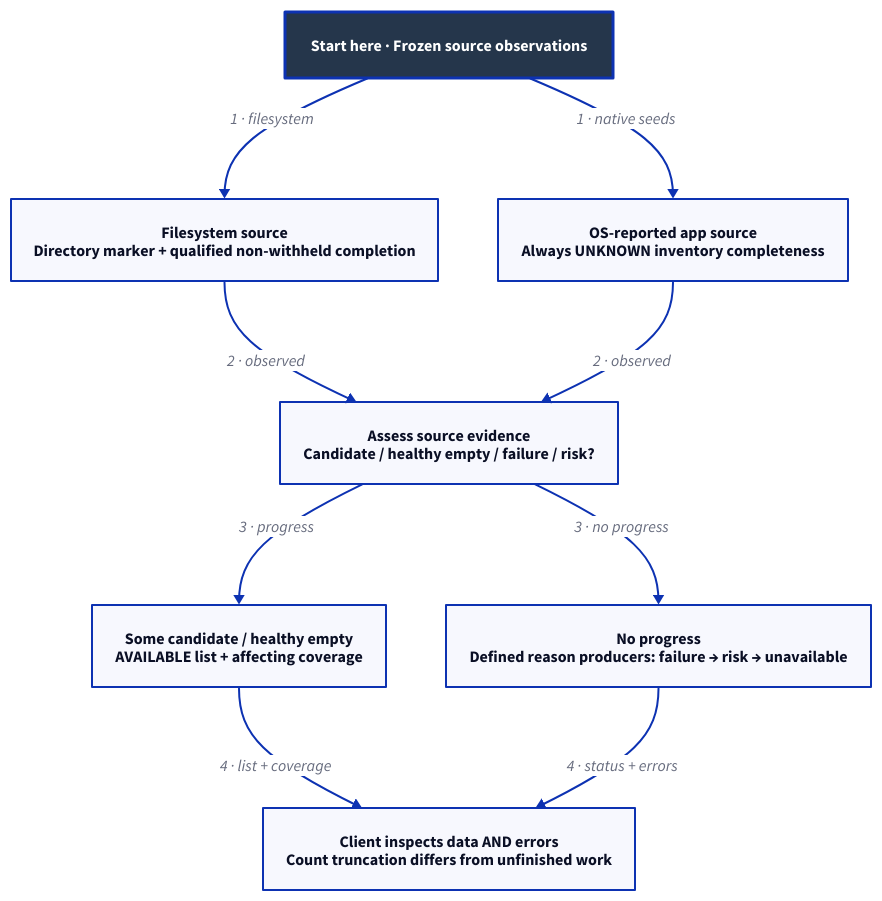
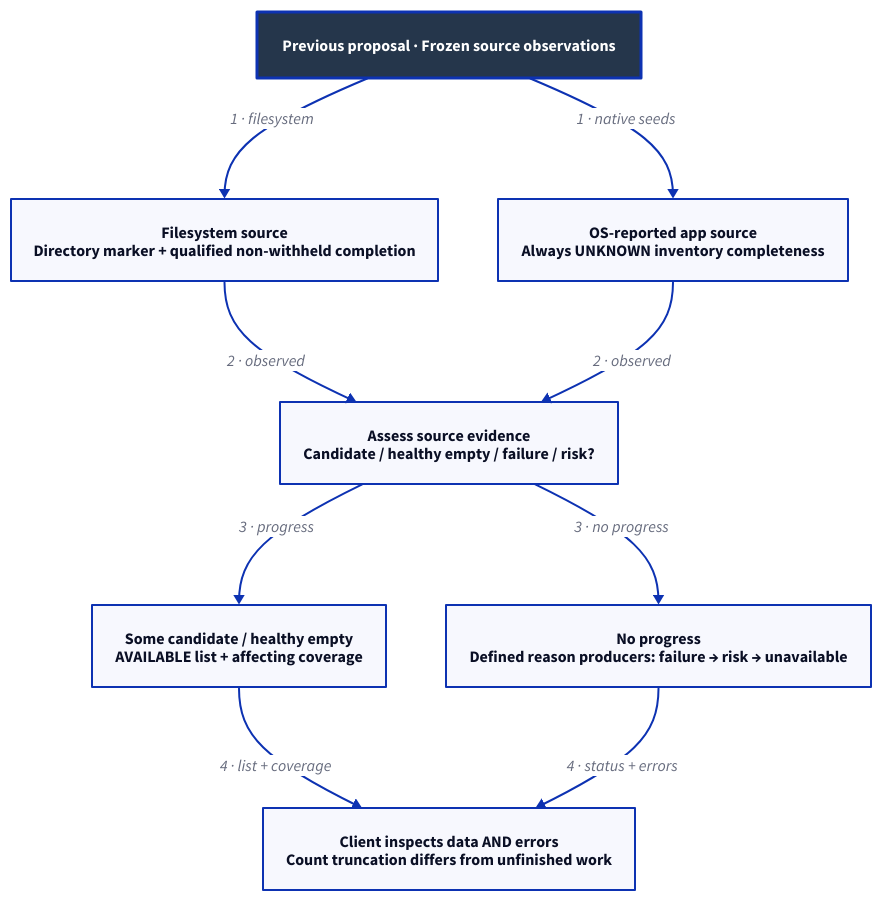
The diagram in docs/design/architecture/search-coverage.d2 (Linkuistics/Koine), drawn with D2 before and after one commit. The commit also changed 138 other files, not shown here.

First line of the commit message:
Move raw search to clients and define v1 native discovery (search-tool-permissions-k196)

```diff
--- a/docs/design/architecture/search-coverage.d2
+++ b/docs/design/architecture/search-coverage.d2
@@ -1,20 +1,20 @@
-# Selected mechanism, subject to human choices/review/native acceptance.
+# Previous raw-search proposal only; not the current v1 API or backend.
 direction: down
 classes: {
   start: {style: {fill: "#25364B"; font-color: "#FFFFFF"; bold: true; stroke-width: 3}}
 }
-Start: "Start here · Frozen source observations" {class: start}
+Start: "Previous proposal · Frozen source observations" {class: start}
 FS: "Filesystem source\nDirectory marker + qualified non-withheld completion"
 OS: "OS-reported app source\nAlways UNKNOWN inventory completeness"
 Progress: "Some candidate / healthy empty\nAVAILABLE list + affecting coverage"
 NoProgress: "No progress\nDefined reason producers: failure → risk → unavailable"
 Client: "Client inspects data AND errors\nCount truncation differs from unfinished work"
 Assess: "Assess source evidence\nCandidate / healthy empty / failure / risk?"
 Start -> FS: "1 · filesystem"
 Start -> OS: "1 · native seeds"
 FS -> Assess: "2 · observed"
 OS -> Assess: "2 · observed"
 Assess -> Progress: "3 · progress"
 Assess -> NoProgress: "3 · no progress"
 Progress -> Client: "4 · list + coverage"
 NoProgress -> Client: "4 · status + errors"
```
